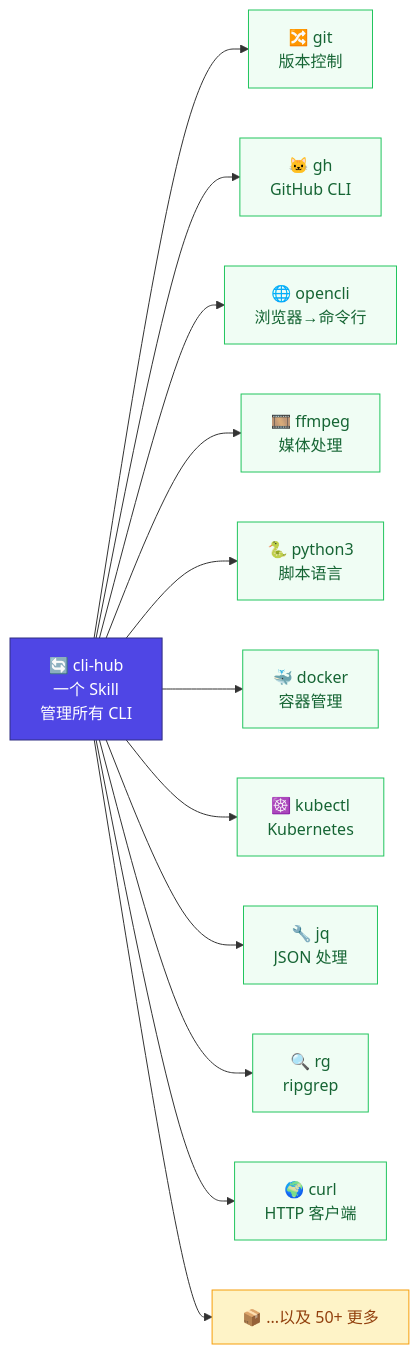
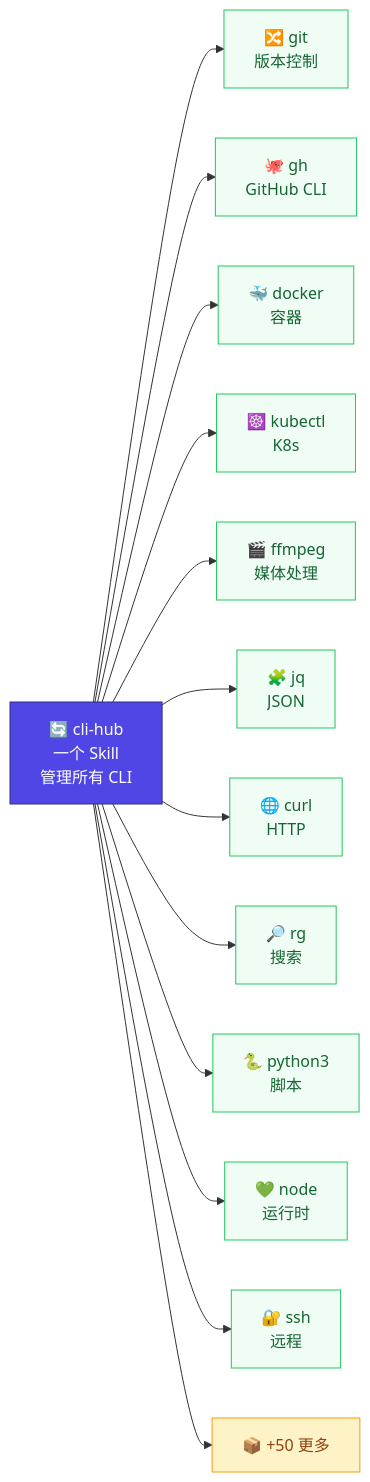
The diagram in README_CN.md (dull-bird/cli-hub), drawn with Mermaid before and after one commit. The commit also changed other lines of this file and 1 other file, not shown here.

Commit message:
docs: full README rewrite - cleaner flow, richer mermaid, 12 nodes with emojis

````diff
--- a/README_CN.md
+++ b/README_CN.md
@@ -5,27 +5,29 @@
 ```mermaid
 graph LR
     CH["🔄 cli-hub<br/>一个 Skill<br/>管理所有 CLI"] --> git["🔀 git<br/>版本控制"]
-    CH --> gh["🐱 gh<br/>GitHub CLI"]
-    CH --> opencli["🌐 opencli<br/>浏览器→命令行"]
-    CH --> ffmpeg["🎞️ ffmpeg<br/>媒体处理"]
-    CH --> python3["🐍 python3<br/>脚本语言"]
-    CH --> docker["🐳 docker<br/>容器管理"]
-    CH --> kubectl["☸️ kubectl<br/>Kubernetes"]
-    CH --> jq["🔧 jq<br/>JSON 处理"]
-    CH --> rg["🔍 rg<br/>ripgrep"]
-    CH --> curl["🌍 curl<br/>HTTP 客户端"]
-    CH --> more["📦 ...以及 50+ 更多"]
+    CH --> gh["🐙 gh<br/>GitHub CLI"]
+    CH --> docker["🐳 docker<br/>容器"]
+    CH --> kubectl["☸️ kubectl<br/>K8s"]
+    CH --> ffmpeg["🎬 ffmpeg<br/>媒体处理"]
+    CH --> jq["🧩 jq<br/>JSON"]
+    CH --> curl["🌐 curl<br/>HTTP"]
+    CH --> rg["🔎 rg<br/>搜索"]
+    CH --> python3["🐍 python3<br/>脚本"]
+    CH --> node["💚 node<br/>运行时"]
+    CH --> ssh["🔐 ssh<br/>远程"]
+    CH --> more["📦 +50 更多"]
 
     style CH fill:#4f46e5,color:#fff,stroke:#312e81
     style git fill:#f0fdf4,stroke:#22c55e,color:#166534
     style gh fill:#f0fdf4,stroke:#22c55e,color:#166534
-    style opencli fill:#f0fdf4,stroke:#22c55e,color:#166534
-    style ffmpeg fill:#f0fdf4,stroke:#22c55e,color:#166534
-    style python3 fill:#f0fdf4,stroke:#22c55e,color:#166534
     style docker fill:#f0fdf4,stroke:#22c55e,color:#166534
     style kubectl fill:#f0fdf4,stroke:#22c55e,color:#166534
+    style ffmpeg fill:#f0fdf4,stroke:#22c55e,color:#166534
     style jq fill:#f0fdf4,stroke:#22c55e,color:#166534
+    style curl fill:#f0fdf4,stroke:#22c55e,color:#166534
     style rg fill:#f0fdf4,stroke:#22c55e,color:#166534
-    style curl fill:#f0fdf4,stroke:#22c55e,color:#166534
+    style python3 fill:#f0fdf4,stroke:#22c55e,color:#166534
+    style node fill:#f0fdf4,stroke:#22c55e,color:#166534
+    style ssh fill:#f0fdf4,stroke:#22c55e,color:#166534
     style more fill:#fef3c7,stroke:#f59e0b,color:#92400e
 ```
````
